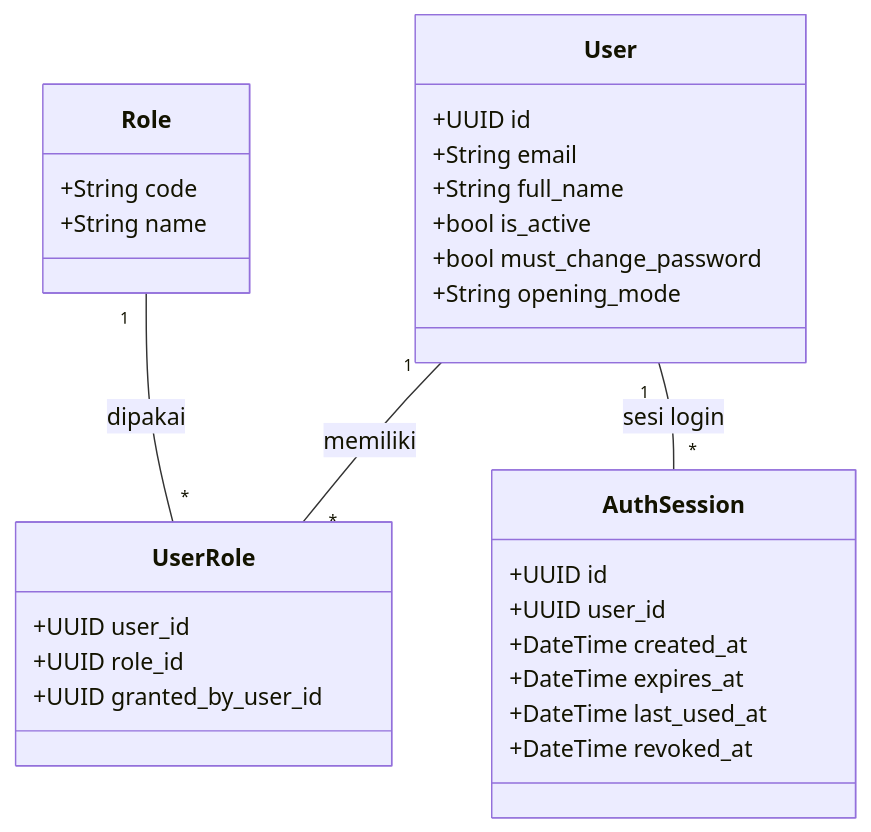
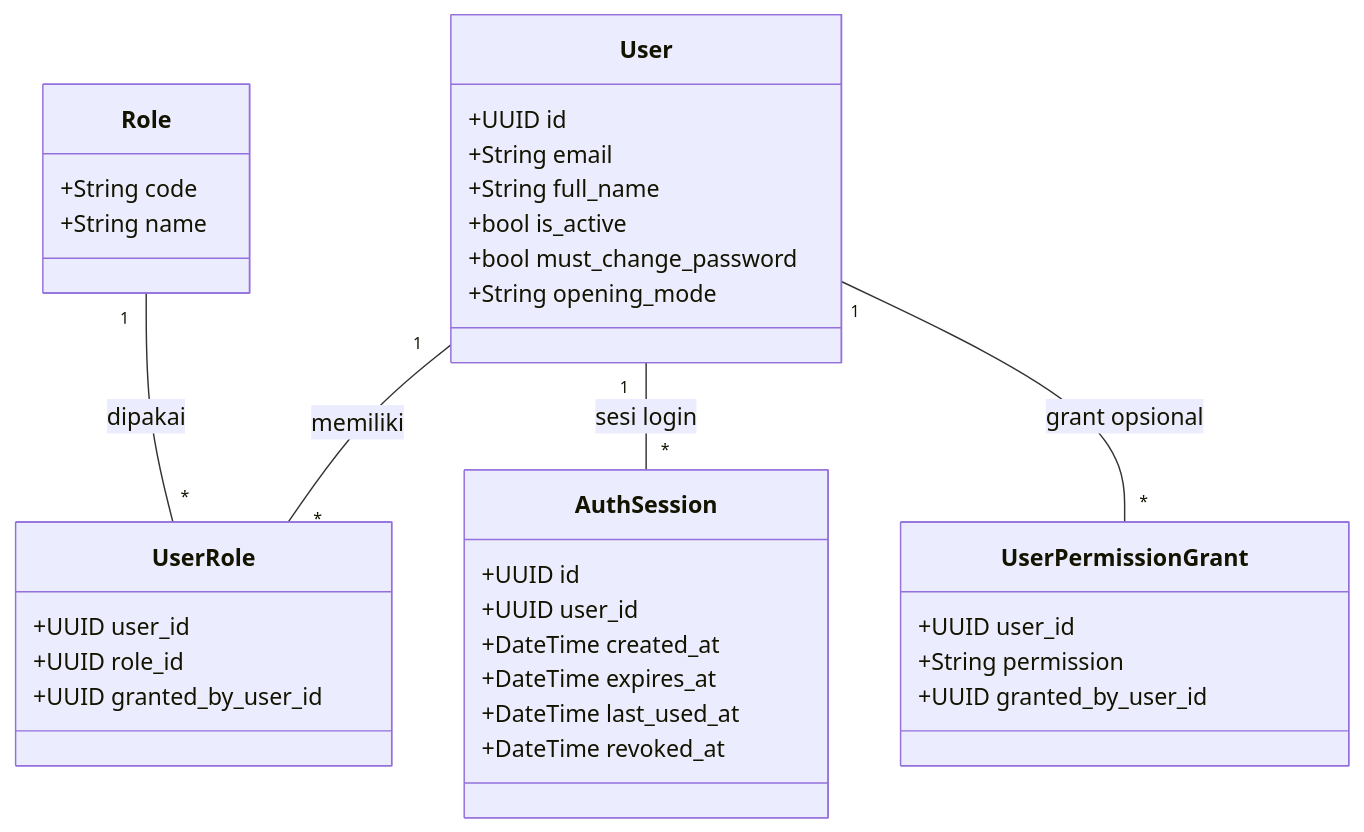
Before and after one commit to mygads/Face-Recognition-Capstone: the first of 6 diagrams in docs/proposal/07-data-dan-class.md, drawn with Mermaid. The commit also changed other lines of this file and 242 other files, not shown here.

````diff
--- a/docs/proposal/07-data-dan-class.md
+++ b/docs/proposal/07-data-dan-class.md
@@ -16,31 +16,37 @@
 ```mermaid
 classDiagram
   class User {
     +UUID id
     +String email
     +String full_name
     +bool is_active
     +bool must_change_password
     +String opening_mode
   }
   class Role {
     +String code
     +String name
   }
   class UserRole {
     +UUID user_id
     +UUID role_id
     +UUID granted_by_user_id
   }
   class AuthSession {
     +UUID id
     +UUID user_id
     +DateTime created_at
     +DateTime expires_at
     +DateTime last_used_at
     +DateTime revoked_at
   }
+  class UserPermissionGrant {
+    +UUID user_id
+    +String permission
+    +UUID granted_by_user_id
+  }
   User "1" -- "*" UserRole : memiliki
   Role "1" -- "*" UserRole : dipakai
   User "1" -- "*" AuthSession : sesi login
+  User "1" -- "*" UserPermissionGrant : grant opsional
 ```
````
